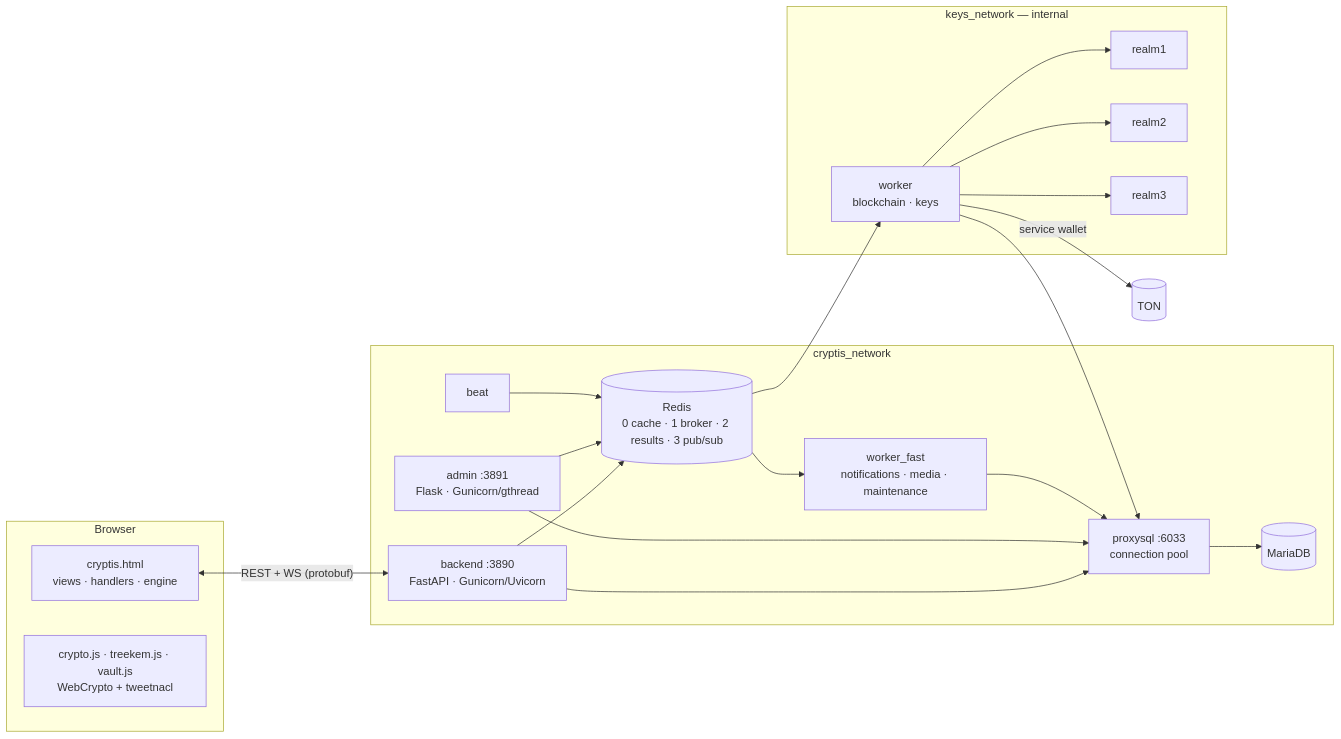
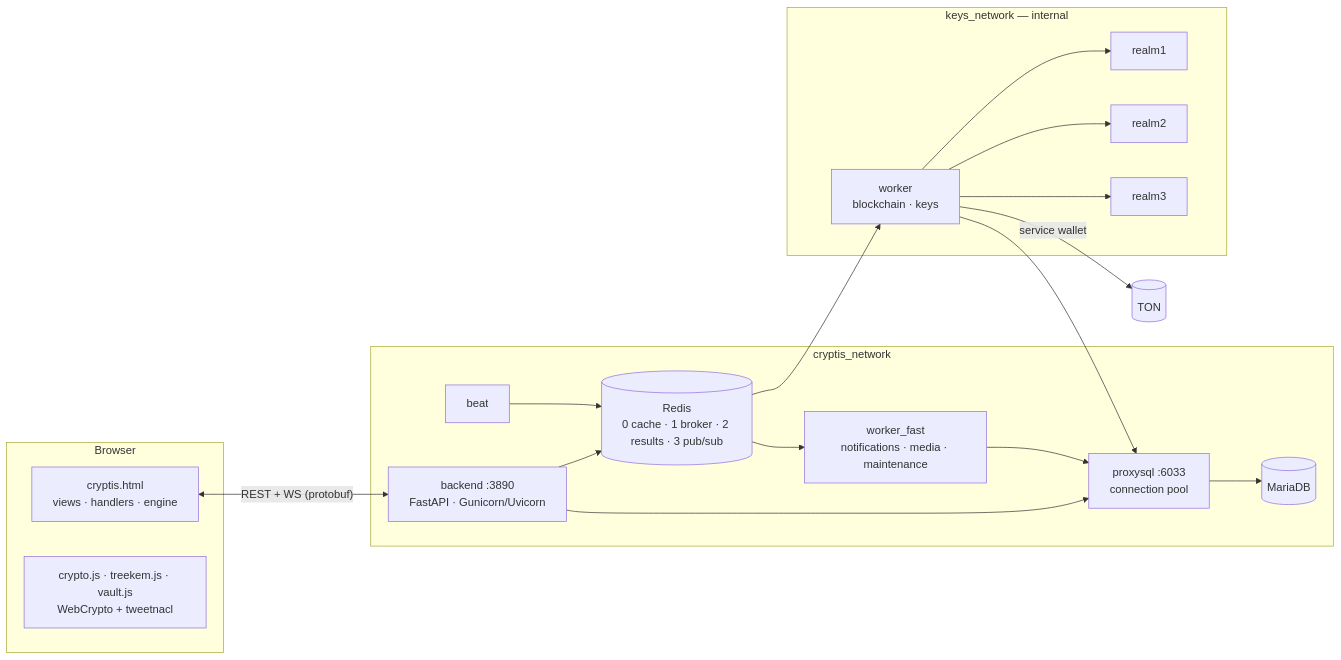
One commit to AleynikovAleksandr/CryptisDchat_project changed the diagram in README.md. Above: the diagram before and after it, drawn with Mermaid. The commit also changed other lines of this file and 98 other files, not shown here.

````diff
--- a/README.md
+++ b/README.md
@@ -185,30 +177,28 @@
 ```mermaid
 flowchart LR
   subgraph client[Browser]
     UI[cryptis.html<br/>views · handlers · engine]
     LIB[crypto.js · treekem.js · vault.js<br/>WebCrypto + tweetnacl]
   end
   subgraph public[cryptis_network]
     API[backend :3890<br/>FastAPI · Gunicorn/Uvicorn]
-    ADM[admin :3891<br/>Flask · Gunicorn/gthread]
     R[(Redis<br/>0 cache · 1 broker · 2 results · 3 pub/sub)]
     PX[proxysql :6033<br/>connection pool]
     DB[(MariaDB)]
     WF[worker_fast<br/>notifications · media · maintenance]
     BEAT[beat]
   end
   subgraph keys[keys_network — internal]
     W[worker<br/>blockchain · keys]
     R1[realm1] & R2[realm2] & R3[realm3]
   end
   TON[(TON)]
   UI <-- REST + WS (protobuf) --> API
   API --> PX & R
-  ADM --> PX & R
   PX --> DB
   R --> W & WF
   BEAT --> R
   W & WF --> PX
   W -- service wallet --> TON
   W --> R1 & R2 & R3
 ```
````
